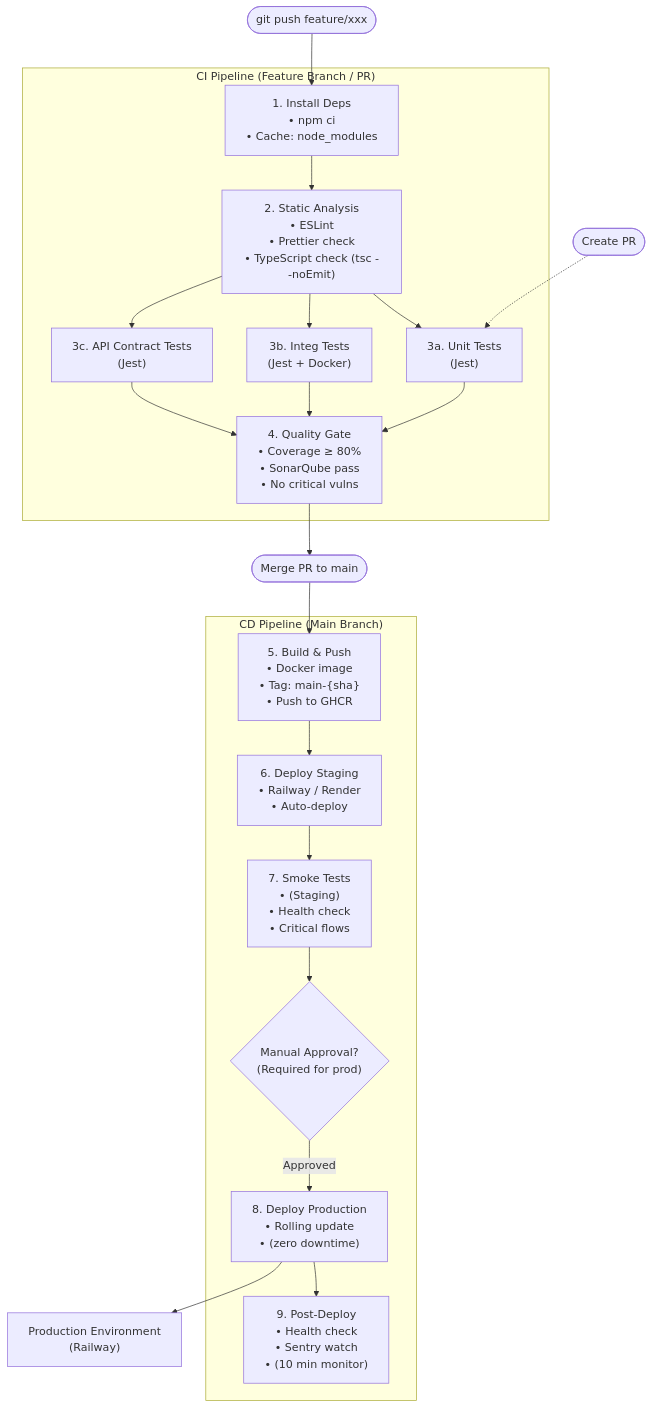
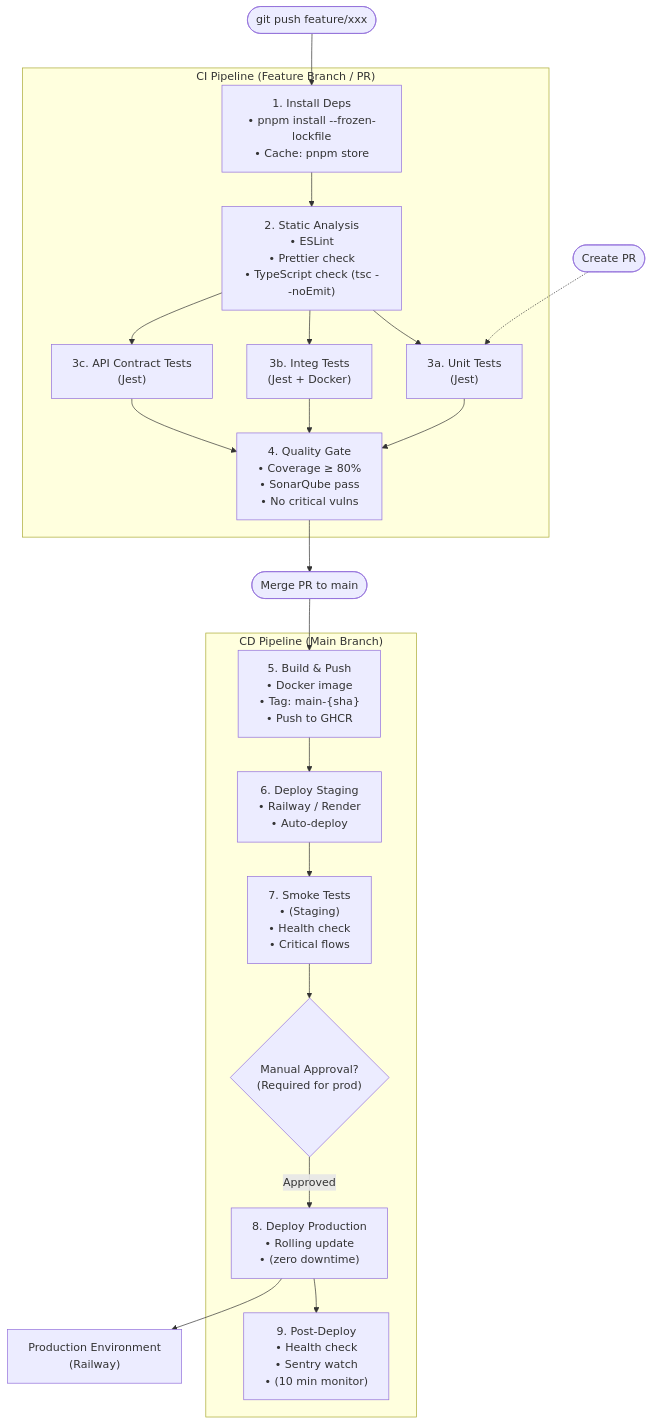
The tenth of 10 diagrams in README.md (davlm05/IICaso_DiseSoftware), drawn with Mermaid before and after one commit. The commit also changed other lines of this file, not shown here.

````diff
--- a/README.md
+++ b/README.md
@@ -1852,48 +1898,48 @@
 ```mermaid
 flowchart TD
     push(["git push feature/xxx"]) 
     pr(["Create PR"])
     merge(["Merge PR to main"])
 
     subgraph CI_Stage ["CI Pipeline (Feature Branch / PR)"]
-        s1["1. Install Deps<br/>• npm ci<br/>• Cache: node_modules"]
+        s1["1. Install Deps<br/>• pnpm install --frozen-lockfile<br/>• Cache: pnpm store"]
         s2["2. Static Analysis<br/>• ESLint<br/>• Prettier check<br/>• TypeScript check (tsc --noEmit)"]
         
         s3a["3a. Unit Tests<br/>(Jest)"]
         s3b["3b. Integ Tests<br/>(Jest + Docker)"]
         s3c["3c. API Contract Tests<br/>(Jest)"]
         
         s4["4. Quality Gate<br/>• Coverage ≥ 80%<br/>• SonarQube pass<br/>• No critical vulns"]
     end
 
     subgraph CD_Stage ["CD Pipeline (Main Branch)"]
         s5["5. Build & Push<br/>• Docker image<br/>• Tag: main-{sha}<br/>• Push to GHCR"]
         s6["6. Deploy Staging<br/>• Railway / Render<br/>• Auto-deploy"]
         s7["7. Smoke Tests<br/>• (Staging)<br/>• Health check<br/>• Critical flows"]
         
         approval{"Manual Approval?<br/>(Required for prod)"}
         
         s8["8. Deploy Production<br/>• Rolling update<br/>• (zero downtime)"]
         s9["9. Post-Deploy<br/>• Health check<br/>• Sentry watch<br/>• (10 min monitor)"]
     end
 
     prod_env["Production Environment<br/>(Railway)"]
 
     push --> s1
     s1 --> s2
     s2 --> s3a
     s2 --> s3b
     s2 --> s3c
     pr -.-> s3a
     s3a --> s4
     s3b --> s4
     s3c --> s4
     s4 --> merge
     merge --> s5
     s5 --> s6
     s6 --> s7
     s7 --> approval
     approval -- "Approved" --> s8
     s8 --> s9
     s8 --> prod_env
 ```
````
